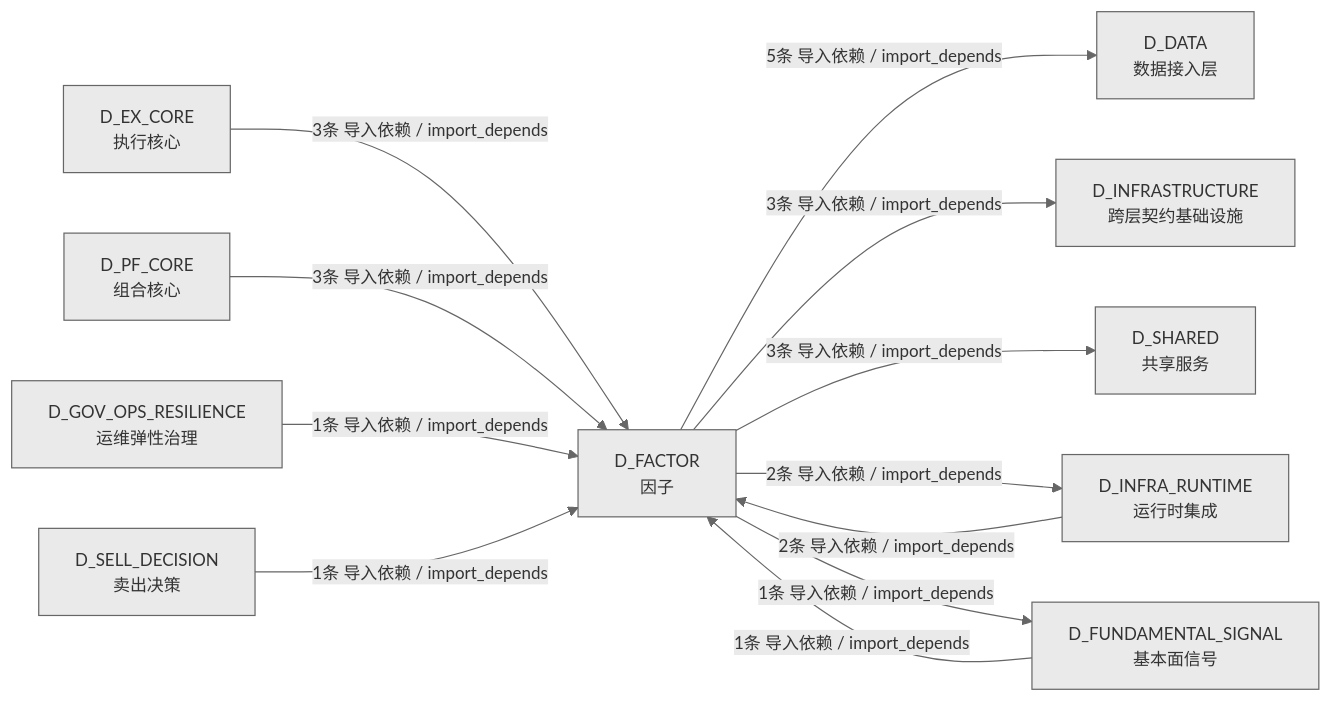
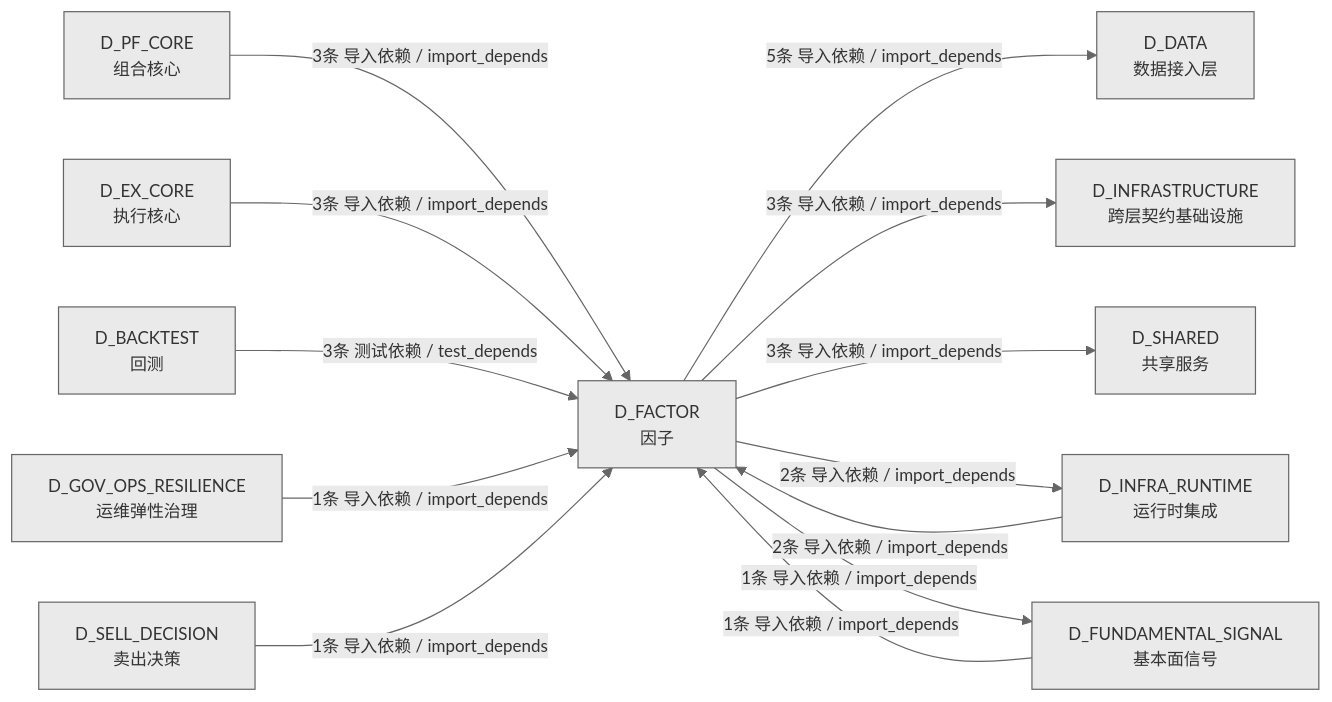
Before and after one commit to xuanFelixVan/ZephyrAlpha: the third of 3 diagrams in docs/02_enterprise_architecture/02_domain_architecture_docs/46_d_factor.md, drawn with Mermaid. The commit also changed other lines of this file and 46 other files, not shown here.

````diff
--- a/docs/02_enterprise_architecture/02_domain_architecture_docs/46_d_factor.md
+++ b/docs/02_enterprise_architecture/02_domain_architecture_docs/46_d_factor.md
@@ -446,25 +453,27 @@
 ```mermaid
 %%{init: {'theme': 'base', 'themeVariables': {'primaryColor': '#eaeaea', 'primaryTextColor': '#333333', 'primaryBorderColor': '#666666', 'lineColor': '#666666', 'secondaryColor': '#eaeaea', 'tertiaryColor': '#eaeaea', 'fontSize': '14px'}}}%%
 graph LR
     D_FACTOR["D_FACTOR<br/>因子"]
     D_DATA["D_DATA<br/>数据接入层"]
     D_INFRASTRUCTURE["D_INFRASTRUCTURE<br/>跨层契约基础设施"]
     D_SHARED["D_SHARED<br/>共享服务"]
     D_INFRA_RUNTIME["D_INFRA_RUNTIME<br/>运行时集成"]
     D_FUNDAMENTAL_SIGNAL["D_FUNDAMENTAL_SIGNAL<br/>基本面信号"]
+    D_PF_CORE["D_PF_CORE<br/>组合核心"]
     D_EX_CORE["D_EX_CORE<br/>执行核心"]
-    D_PF_CORE["D_PF_CORE<br/>组合核心"]
+    D_BACKTEST["D_BACKTEST<br/>回测"]
     D_GOV_OPS_RESILIENCE["D_GOV_OPS_RESILIENCE<br/>运维弹性治理"]
     D_SELL_DECISION["D_SELL_DECISION<br/>卖出决策"]
     D_FACTOR -->|5条 导入依赖 / import_depends| D_DATA
     D_FACTOR -->|3条 导入依赖 / import_depends| D_INFRASTRUCTURE
     D_FACTOR -->|3条 导入依赖 / import_depends| D_SHARED
     D_FACTOR -->|2条 导入依赖 / import_depends| D_INFRA_RUNTIME
     D_FACTOR -->|1条 导入依赖 / import_depends| D_FUNDAMENTAL_SIGNAL
+    D_PF_CORE -->|3条 导入依赖 / import_depends| D_FACTOR
     D_EX_CORE -->|3条 导入依赖 / import_depends| D_FACTOR
-    D_PF_CORE -->|3条 导入依赖 / import_depends| D_FACTOR
+    D_BACKTEST -->|3条 测试依赖 / test_depends| D_FACTOR
     D_INFRA_RUNTIME -->|2条 导入依赖 / import_depends| D_FACTOR
+    D_GOV_OPS_RESILIENCE -->|1条 导入依赖 / import_depends| D_FACTOR
     D_FUNDAMENTAL_SIGNAL -->|1条 导入依赖 / import_depends| D_FACTOR
-    D_GOV_OPS_RESILIENCE -->|1条 导入依赖 / import_depends| D_FACTOR
     D_SELL_DECISION -->|1条 导入依赖 / import_depends| D_FACTOR
 ```
````
